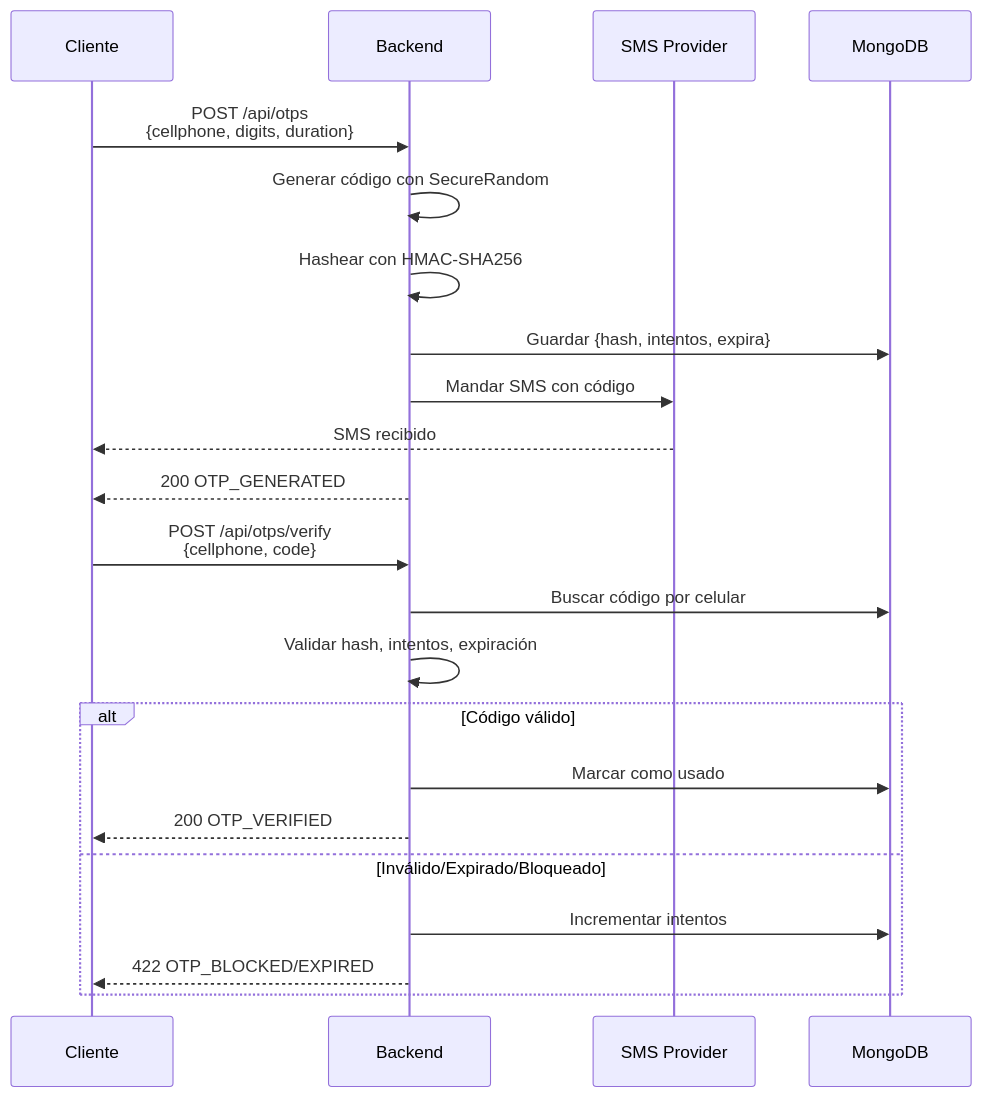
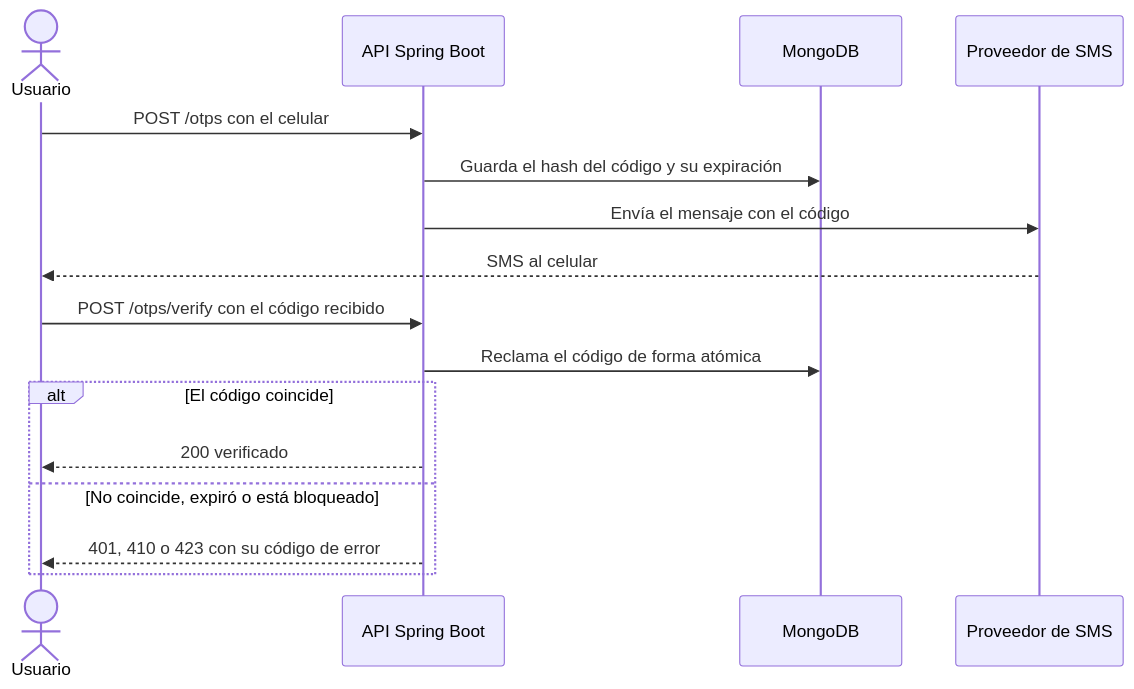
The diagram in README.md (JoshRivas313/OTP-Service), drawn with Mermaid before and after one commit. The commit also changed other lines of this file and 8 other files, not shown here.

````diff
--- a/README.md
+++ b/README.md
@@ -315,26 +152,19 @@
 ```mermaid
 sequenceDiagram
-    participant Cliente
-    participant Backend
-    participant SMS as SMS Provider
-    participant Mongo as MongoDB
+    actor U as Usuario
+    participant A as API Spring Boot
+    participant M as MongoDB
+    participant S as Proveedor de SMS
 
-    Cliente->>Backend: POST /api/otps<br/>{cellphone, digits, duration}
-    Backend->>Backend: Generar código con SecureRandom
-    Backend->>Backend: Hashear con HMAC-SHA256
-    Backend->>Mongo: Guardar {hash, intentos, expira}
-    Backend->>SMS: Mandar SMS con código
-    SMS-->>Cliente: SMS recibido
-    Backend-->>Cliente: 200 OTP_GENERATED
-
-    Cliente->>Backend: POST /api/otps/verify<br/>{cellphone, code}
-    Backend->>Mongo: Buscar código por celular
-    Backend->>Backend: Validar hash, intentos, expiración
-    alt Código válido
-        Backend->>Mongo: Marcar como usado
-        Backend-->>Cliente: 200 OTP_VERIFIED
-    else Inválido/Expirado/Bloqueado
-        Backend->>Mongo: Incrementar intentos
-        Backend-->>Cliente: 422 OTP_BLOCKED/EXPIRED
+    U->>A: POST /otps con el celular
+    A->>M: Guarda el hash del código y su expiración
+    A->>S: Envía el mensaje con el código
+    S-->>U: SMS al celular
+    U->>A: POST /otps/verify con el código recibido
+    A->>M: Reclama el código de forma atómica
+    alt El código coincide
+        A-->>U: 200 verificado
+    else No coincide, expiró o está bloqueado
+        A-->>U: 401, 410 o 423 con su código de error
     end
 ```
````
